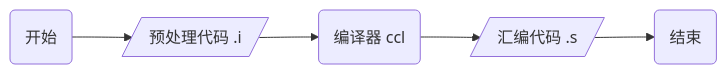
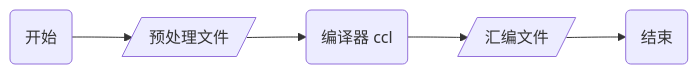
The third of 7 diagrams in _posts/language/c_c++/compile/2021-06-15-编译过程.md (dmjcb/dmjcb.github.io), drawn with Mermaid before and after one commit. The commit also changed other lines of this file and 19 other files, not shown here.

````diff
--- a/_posts/language/c_c++/compile/2021-06-15-编译过程.md
+++ b/_posts/language/c_c++/compile/2021-06-15-编译过程.md
@@ -85,4 +95,4 @@
 ```mermaid
 graph LR;
-    X(开始)-->A[/预处理代码 .i/]-->C(编译器 ccl)-->S[/汇编代码 .s/]-->Z(结束)
+    X(开始)-->A[/预处理文件/]-->C(编译器 ccl)-->S[/汇编文件/]-->Z(结束)
 ```
````
